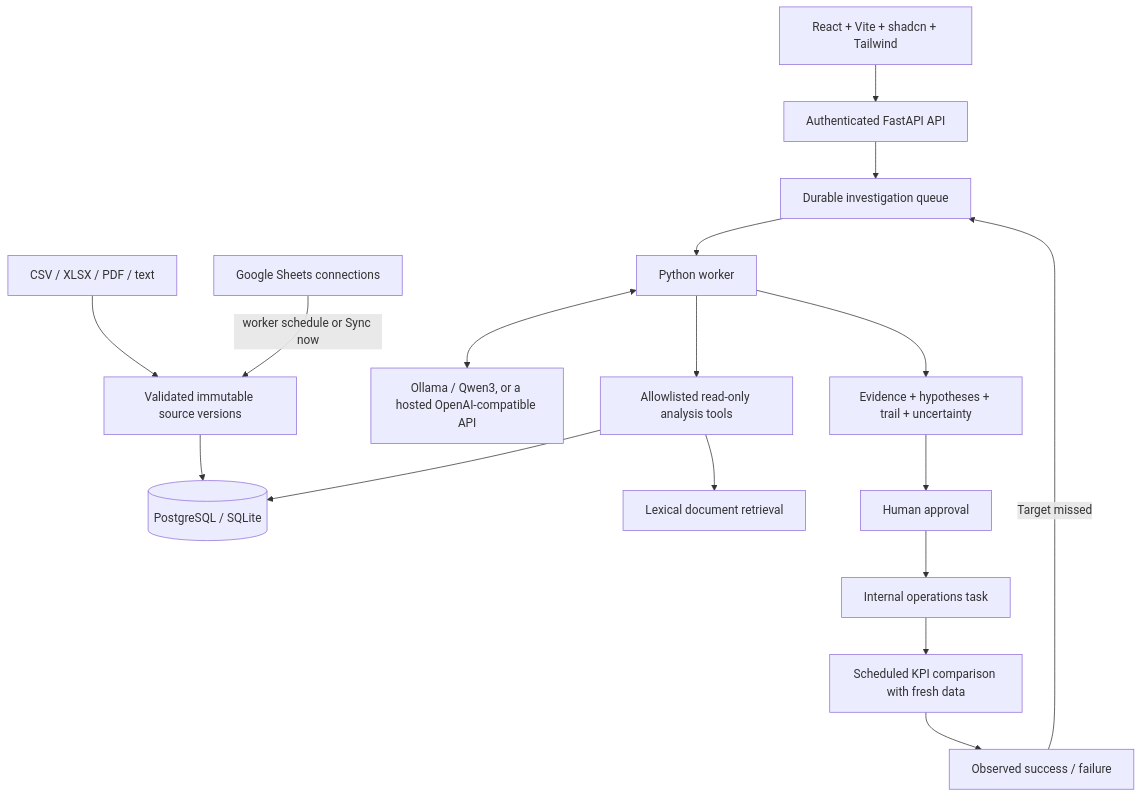
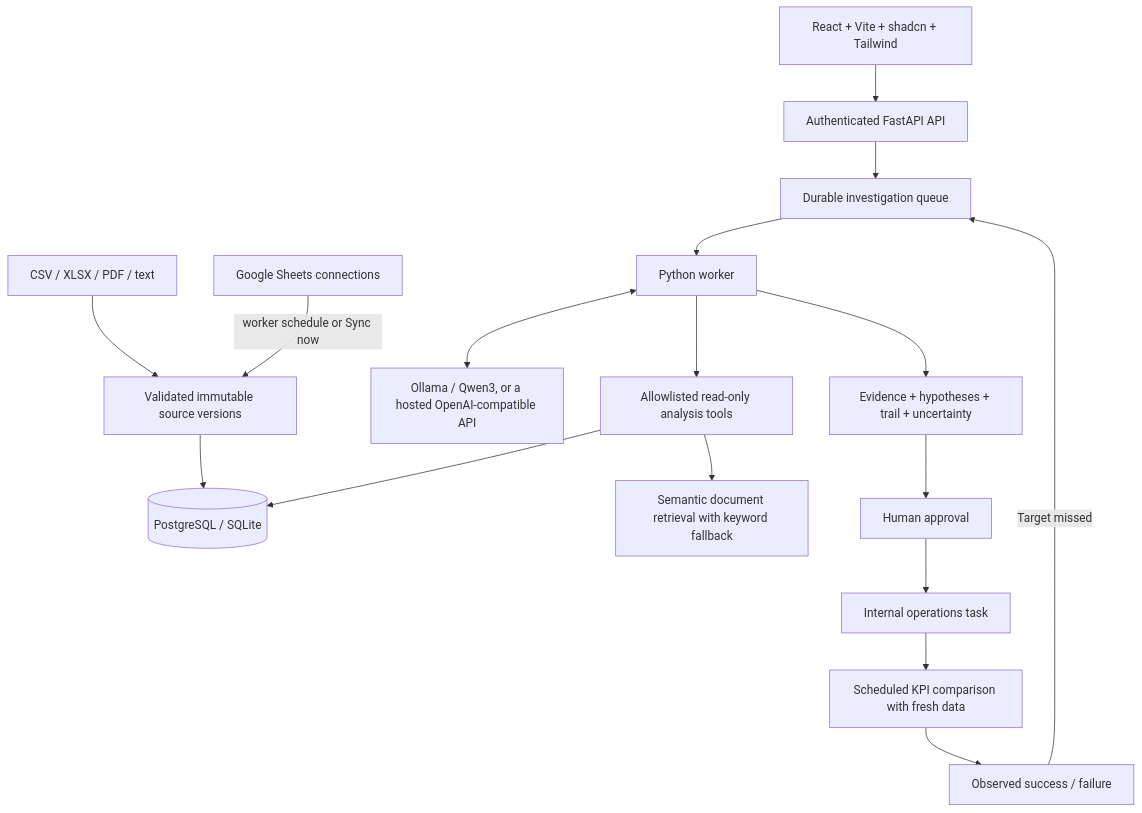
One commit to sanket-business-ai/sanket-ai changed the diagram in docs/architecture.md. Above: the diagram before and after it, drawn with Mermaid. The commit also changed other lines of this file and 9 other files, not shown here.

First line of the commit message:
feat: semantic document search with bge-m3

````diff
--- a/docs/architecture.md
+++ b/docs/architecture.md
@@ -5,19 +5,19 @@
 ```mermaid
 flowchart TD
     Files[CSV / XLSX / PDF / text] --> Validation[Validated immutable source versions]
     Sheets[Google Sheets connections] -->|worker schedule or Sync now| Validation
     Validation --> DB[(PostgreSQL / SQLite)]
     UI[React + Vite + shadcn + Tailwind] --> API[Authenticated FastAPI API]
     API --> Queue[Durable investigation queue]
     Queue --> Worker[Python worker]
     Worker <--> LLM[Ollama / Qwen3, or a hosted OpenAI-compatible API]
     Worker --> Tools[Allowlisted read-only analysis tools]
     Tools --> DB
-    Tools --> Retrieval[Lexical document retrieval]
+    Tools --> Retrieval[Semantic document retrieval with keyword fallback]
     Worker --> Report[Evidence + hypotheses + trail + uncertainty]
     Report --> Approval[Human approval]
     Approval --> Task[Internal operations task]
     Task --> Monitor[Scheduled KPI comparison with fresh data]
     Monitor --> Result[Observed success / failure]
     Result -->|Target missed| Queue
 ```
````
